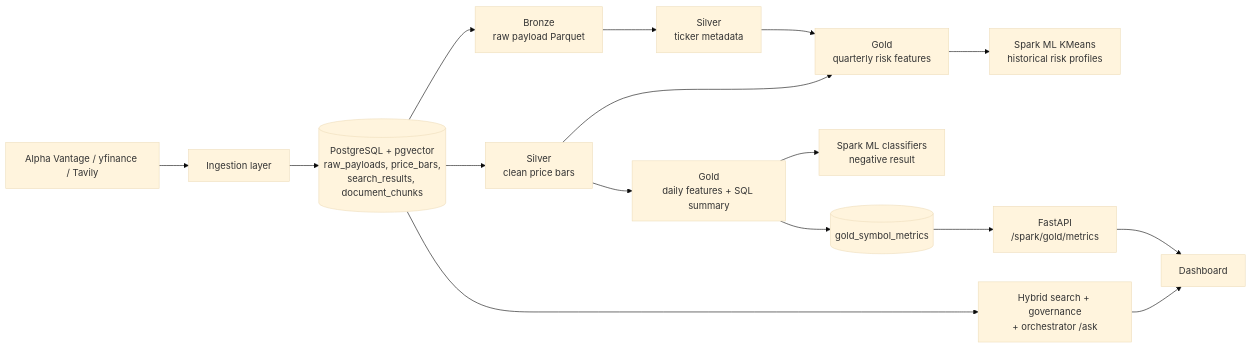
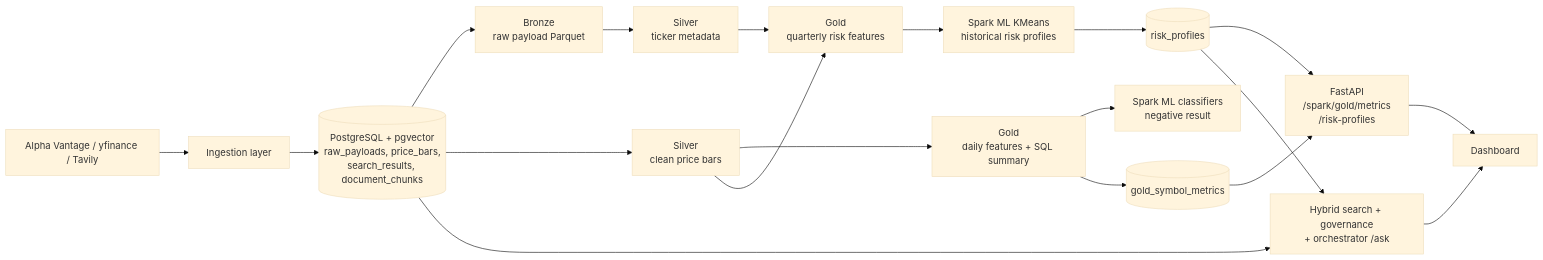
One commit to jmarsicdev/financial-literacy-project changed the diagram in spark/README.md. Above: the diagram before and after it, drawn with Mermaid (base theme). The commit also changed other lines of this file and 16 other files, not shown here.

Commit message:
Wire risk profiles end to end: Postgres table, API, assistant evidence, React card, Streamlit dashboard

````diff
--- a/spark/README.md
+++ b/spark/README.md
@@ -46,18 +46,21 @@
 ```mermaid
 flowchart LR
   P[Alpha Vantage / yfinance / Tavily] --> ING[Ingestion layer]
   ING --> PG[(PostgreSQL + pgvector\nraw_payloads, price_bars,\nsearch_results, document_chunks)]
   PG --> B[Bronze\nraw payload Parquet]
   PG --> S[Silver\nclean price bars]
   B --> SM[Silver\nticker metadata]
   S --> G1[Gold\ndaily features + SQL summary]
   S --> G2[Gold\nquarterly risk features]
   SM --> G2
   G2 --> KM[Spark ML KMeans\nhistorical risk profiles]
   G1 --> CL[Spark ML classifiers\nnegative result]
   G1 --> GM[(gold_symbol_metrics)]
-  GM --> API[FastAPI\n/spark/gold/metrics]
+  GM --> API[FastAPI\n/spark/gold/metrics\n/risk-profiles]
+  KM --> RP[(risk_profiles)]
+  RP --> API
+  RP --> RAG
   PG --> RAG[Hybrid search + governance\n+ orchestrator /ask]
   RAG --> UI[Dashboard]
   API --> UI
 ```
````
